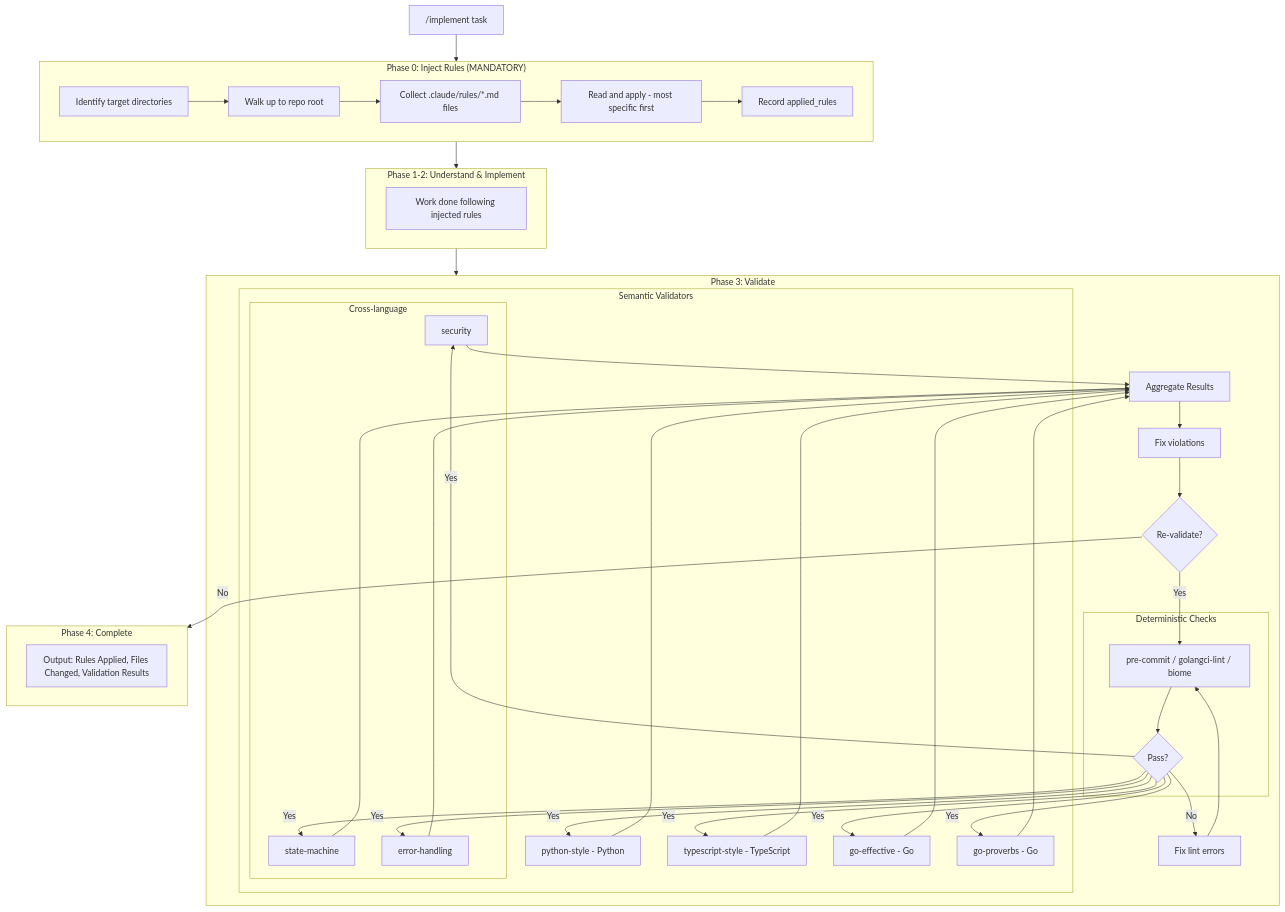
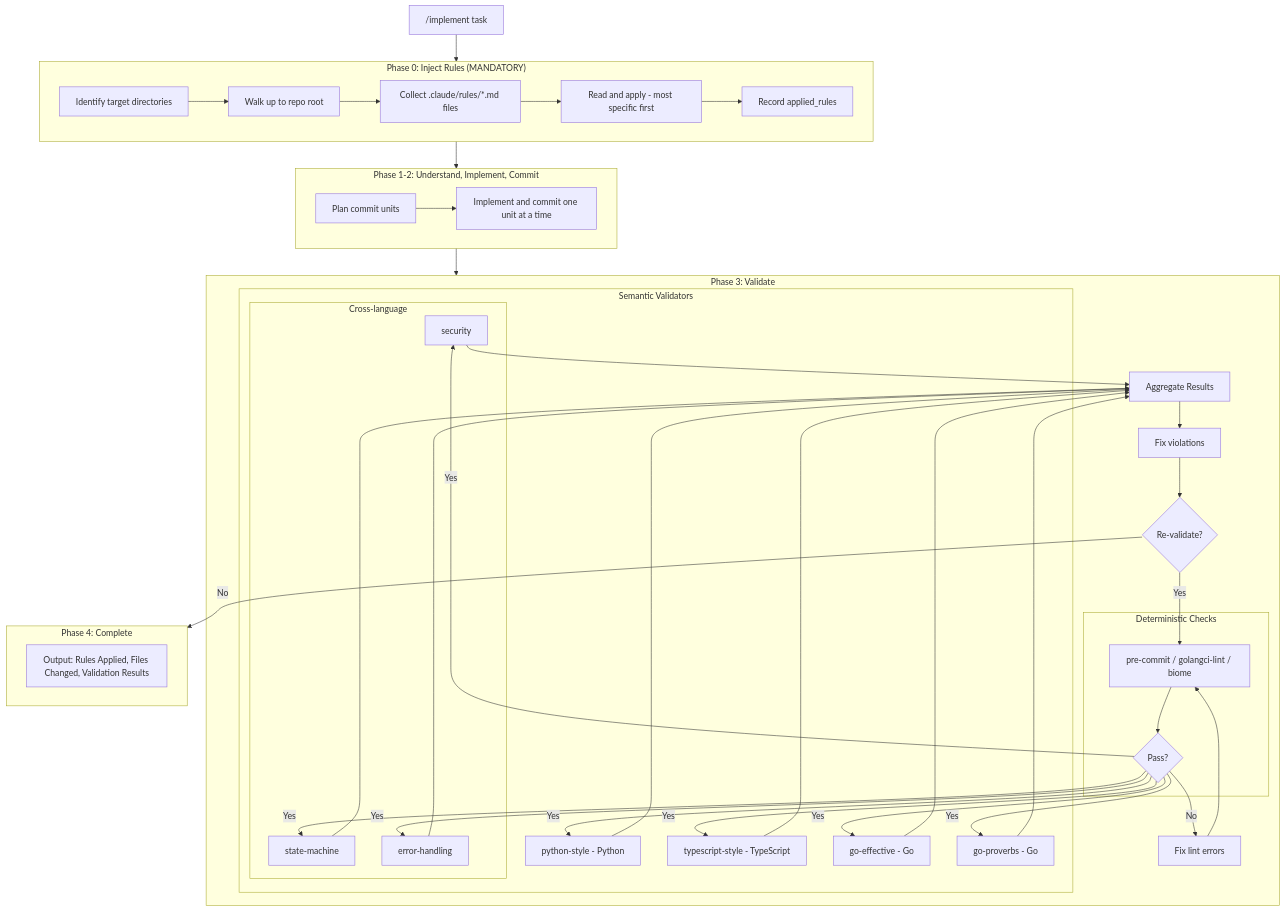
One commit to peteski22/agent-pragma changed the fourth of 7 diagrams in ARCHITECTURE.md. Above: the diagram before and after it, drawn with Mermaid. The commit also changed other lines of this file and 2 other files, not shown here.

First line of the commit message:
docs: describe the commit checkpoint loop in the pipeline

````diff
--- a/ARCHITECTURE.md
+++ b/ARCHITECTURE.md
@@ -234,56 +247,58 @@
 ```mermaid
 flowchart TD
     subgraph Phase0["Phase 0: Inject Rules (MANDATORY)"]
         P0A[Identify target directories]
         P0B[Walk up to repo root]
         P0C[Collect .claude/rules/*.md files]
         P0D[Read and apply - most specific first]
         P0E[Record applied_rules]
         P0A --> P0B --> P0C --> P0D --> P0E
     end
 
-    subgraph Phase12["Phase 1-2: Understand & Implement"]
-        P12[Work done following injected rules]
+    subgraph Phase12["Phase 1-2: Understand, Implement, Commit"]
+        P12A[Plan commit units]
+        P12B[Implement and commit one unit at a time]
+        P12A --> P12B
     end
 
     subgraph Phase3["Phase 3: Validate"]
         subgraph Deterministic["Deterministic Checks"]
             Lint[pre-commit / golangci-lint / biome]
             LintFail{Pass?}
             Lint --> LintFail
         end
 
         subgraph Semantic["Semantic Validators"]
             subgraph CrossLang2["Cross-language"]
                 SecVal[security]
                 StmVal[state-machine]
                 ErrVal[error-handling]
             end
             PyVal[python-style - Python]
             TSVal[typescript-style - TypeScript]
             GoEff[go-effective - Go]
             GoProv[go-proverbs - Go]
         end
 
         Agg[Aggregate Results]
         Fix[Fix violations]
         ReVal{Re-validate?}
 
         LintFail -->|No| FixLint[Fix lint errors]
         FixLint --> Lint
         LintFail -->|Yes| SecVal & StmVal & ErrVal & PyVal & TSVal & GoEff & GoProv
         SecVal & StmVal & ErrVal & PyVal & TSVal & GoEff & GoProv --> Agg
         Agg --> Fix
         Fix --> ReVal
         ReVal -->|Yes| Lint
     end
 
     subgraph Phase4["Phase 4: Complete"]
         Output[Output: Rules Applied, Files Changed, Validation Results]
     end
 
     Start["/implement task"] --> Phase0
     Phase0 --> Phase12
     Phase12 --> Phase3
     ReVal -->|No| Phase4
 ```
````
